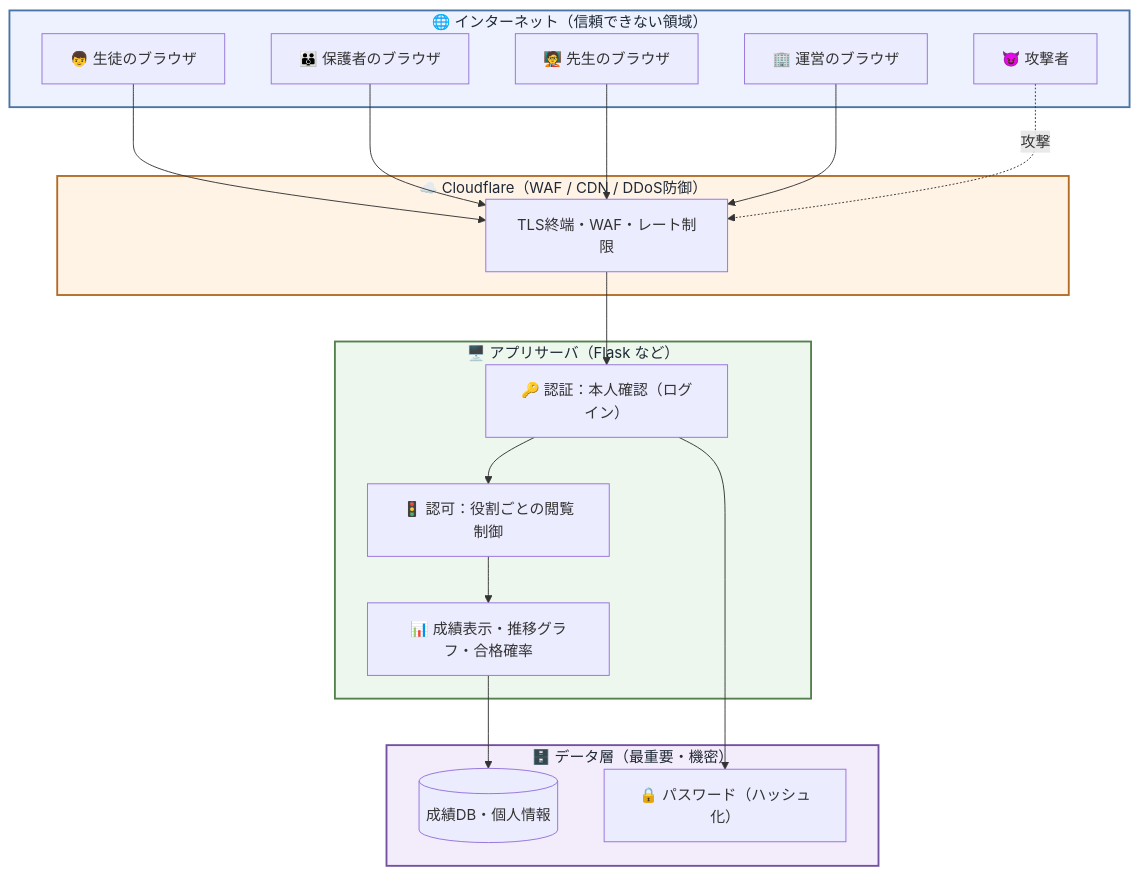
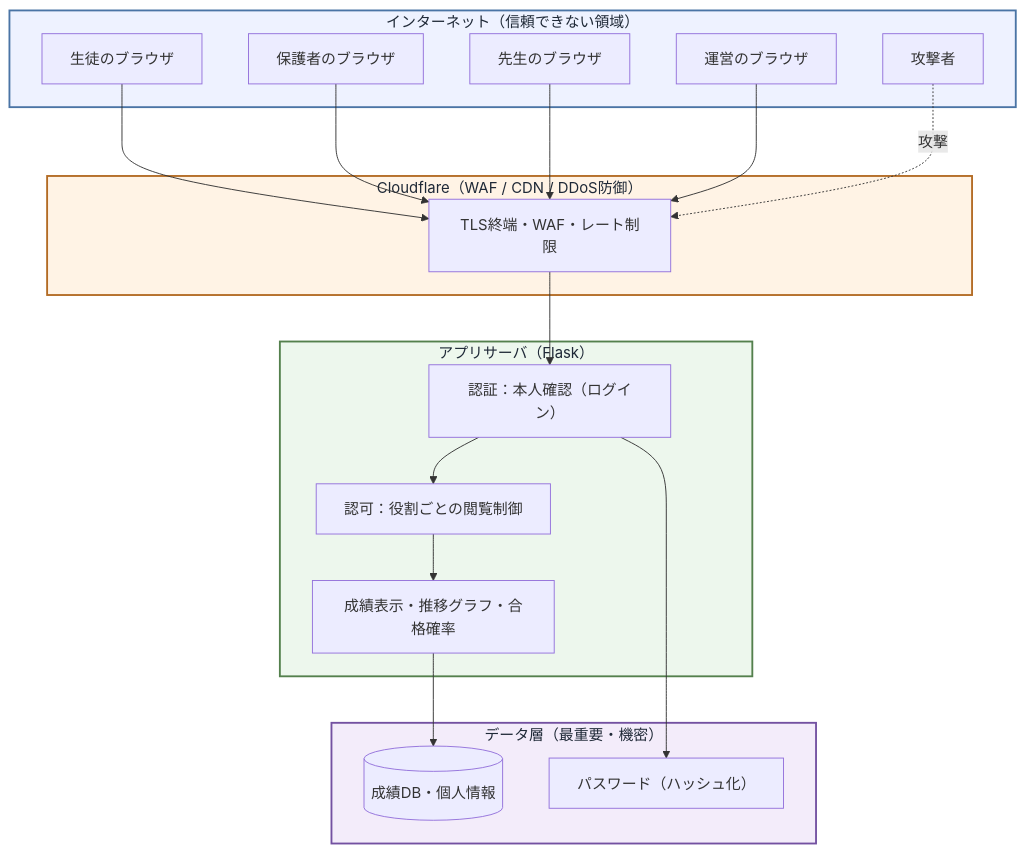
One commit to Akimitsu-Shigemi/juku-seiseki-app changed the first of 2 diagrams in design.md. Above: the diagram before and after it, drawn with Mermaid. The commit also changed other lines of this file and 1 other file, not shown here.

````diff
--- a/design.md
+++ b/design.md
@@ -16,42 +16,41 @@
 ```mermaid
 flowchart TB
-    subgraph internet["🌐 インターネット（信頼できない領域）"]
-        seito["👦 生徒のブラウザ"]
-        oya["👪 保護者のブラウザ"]
-        sensei["🧑‍🏫 先生のブラウザ"]
-        unei["🏢 運営のブラウザ"]
-        attacker["😈 攻撃者"]
+    subgraph internet["インターネット（信頼できない領域）"]
+        seito["生徒のブラウザ"]
+        oya["保護者のブラウザ"]
+        sensei["先生のブラウザ"]
+        unei["運営のブラウザ"]
+        attacker["攻撃者"]
     end
 
-    subgraph edge["☁️ Cloudflare（WAF / CDN / DDoS防御）"]
+    subgraph edge["Cloudflare（WAF / CDN / DDoS防御）"]
         waf["TLS終端・WAF・レート制限"]
     end
 
-    subgraph app["🖥️ アプリサーバ（Flask など）"]
-        authn["🔑 認証：本人確認（ログイン）"]
-        authz["🚦 認可：役割ごとの閲覧制御"]
-        logic["📊 成績表示・推移グラフ・合格確率"]
+    subgraph app["アプリサーバ（Flask）"]
+        authn["認証：本人確認（ログイン）"]
+        authz["認可：役割ごとの閲覧制御"]
+        logic["成績表示・推移グラフ・合格確率"]
     end
 
-    subgraph data["🗄️ データ層（最重要・機密）"]
+    subgraph data["データ層（最重要・機密）"]
         db[("成績DB・個人情報")]
-        secret["🔒 パスワード（ハッシュ化）"]
+        secret["パスワード（ハッシュ化）"]
     end
 
     seito --> waf
     oya --> waf
     sensei --> waf
     unei --> waf
     attacker -. 攻撃 .-> waf
     waf --> authn
     authn --> authz
     authz --> logic
     logic --> db
     authn --> secret
 
-    %% ===== 背景色（サーバー／層ごとの区別用）=====
     style internet fill:#eef2ff,stroke:#4a74a5,stroke-width:2px,color:#1f2937
     style edge     fill:#fff3e5,stroke:#b36b24,stroke-width:2px,color:#1f2937
     style app      fill:#edf7ed,stroke:#54804d,stroke-width:2px,color:#1f2937
     style data     fill:#f3ecfa,stroke:#7351a1,stroke-width:2px,color:#1f2937
 ```
````
